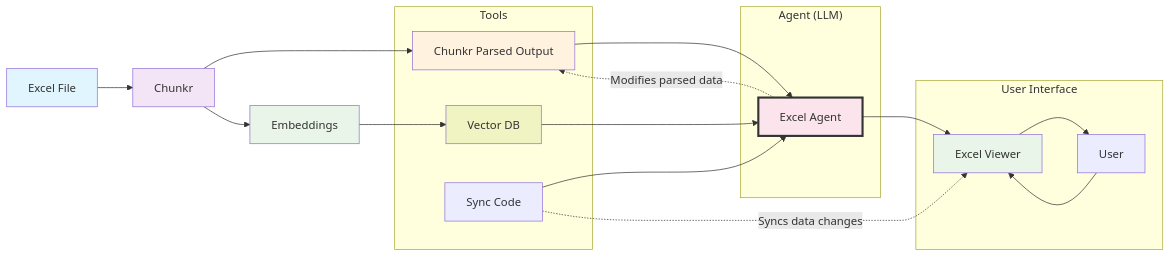
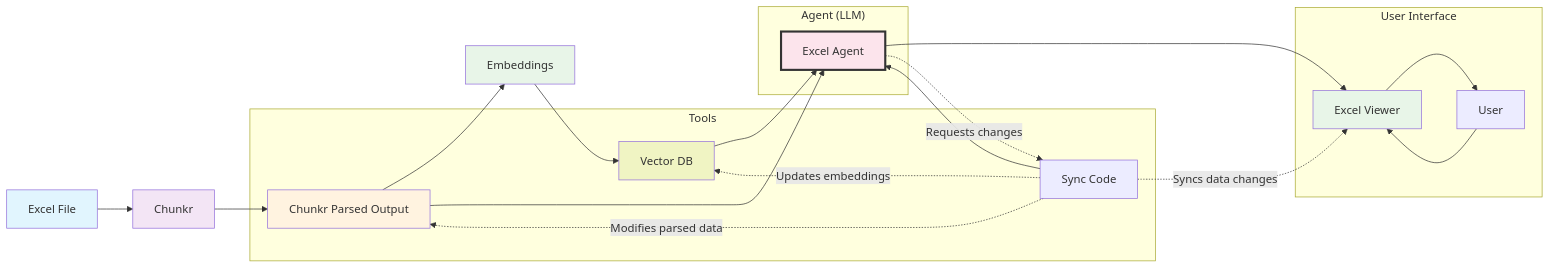
The diagram in docs/excel-parser/agent.mdx (lumina-ai-inc/docs), drawn with Mermaid before and after one commit. The commit also changed other lines of this file, not shown here.

````diff
--- a/docs/excel-parser/agent.mdx
+++ b/docs/excel-parser/agent.mdx
@@ -12,41 +12,43 @@
 ```mermaid
 graph LR
     H[Excel File] --> I[Chunkr]
     I --> A
-    I --> J[Embeddings]
+    A --> J[Embeddings]
     J --> B
     
     subgraph "Tools"
         A[Chunkr Parsed Output]
         B[Vector DB]
         D[Sync Code]
     end
     
     subgraph "Agent (LLM)"
         E[Excel Agent]
     end
     
     subgraph "User Interface"
         F[Excel Viewer]
         G[User]
     end
     
     A --> E
     B --> E
     D --> E
     
     E --> F
     F --> G
     G --> F
     
-    E -.->|Modifies parsed data| A
+    E -.->|Requests changes| D
+    D -.->|Modifies parsed data| A
     D -.->|Syncs data changes| F
+    D -.->|Updates embeddings| B
     
     style H fill:#e1f5fe
     style I fill:#f3e5f5
     style E fill:#fce4ec,stroke:#333,stroke-width:3px
     style F fill:#e8f5e8
     style A fill:#fff3e0
     style J fill:#e8f5e8
     style B fill:#f0f4c3
 ```
````
